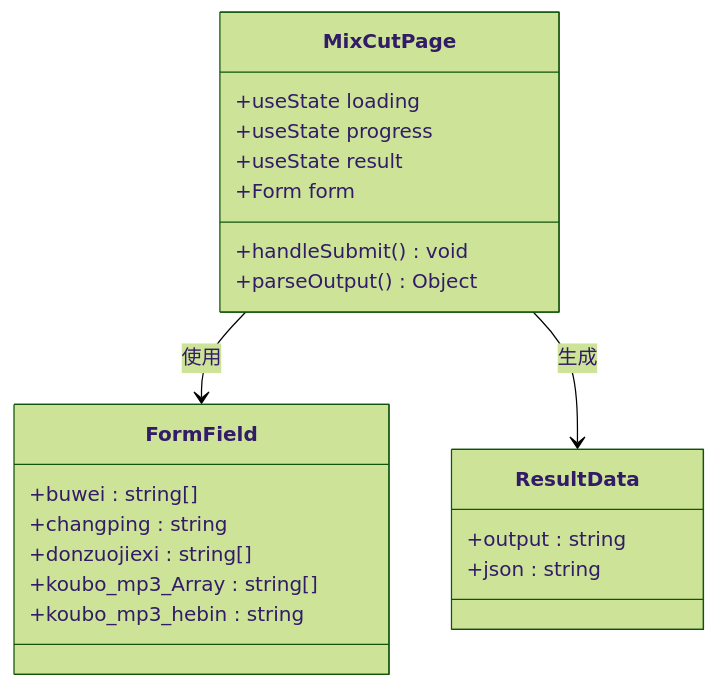
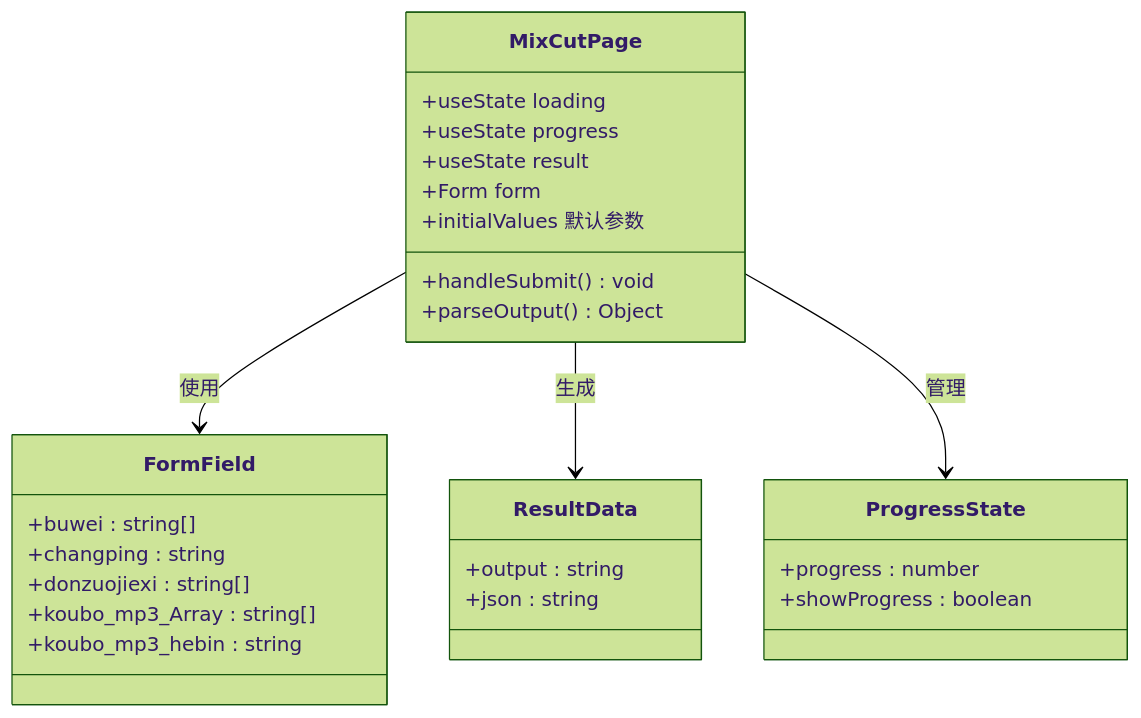
One commit to hanksd769-droid/sailshub changed the fourth of 11 diagrams in .qoder/repowiki/zh/content/前端组件架构/页面组件/混剪功能页面.md. Above: the diagram before and after it, drawn with Mermaid (forest theme). The commit also changed other lines of this file and 3 other files, not shown here.

````diff
--- a/.qoder/repowiki/zh/content/前端组件架构/页面组件/混剪功能页面.md
+++ b/.qoder/repowiki/zh/content/前端组件架构/页面组件/混剪功能页面.md
@@ -196,24 +220,30 @@
 ```mermaid
 classDiagram
 class MixCutPage {
 +useState loading
 +useState progress
 +useState result
 +Form form
 +handleSubmit() void
 +parseOutput() Object
++initialValues 默认参数
 }
 class FormField {
 +buwei : string[]
 +changping : string
 +donzuojiexi : string[]
 +koubo_mp3_Array : string[]
 +koubo_mp3_hebin : string
 }
 class ResultData {
 +output : string
 +json : string
 }
+class ProgressState {
++progress : number
++showProgress : boolean
+}
 MixCutPage --> FormField : 使用
 MixCutPage --> ResultData : 生成
+MixCutPage --> ProgressState : 管理
 ```
````
